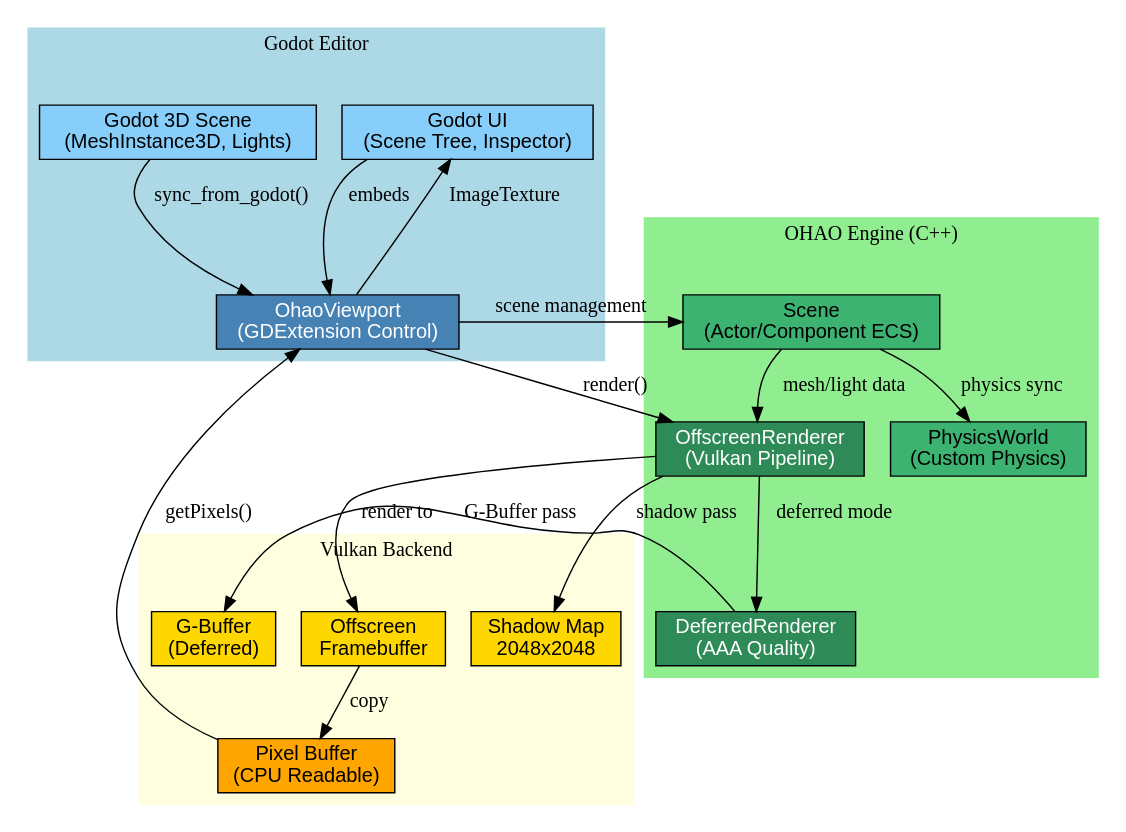
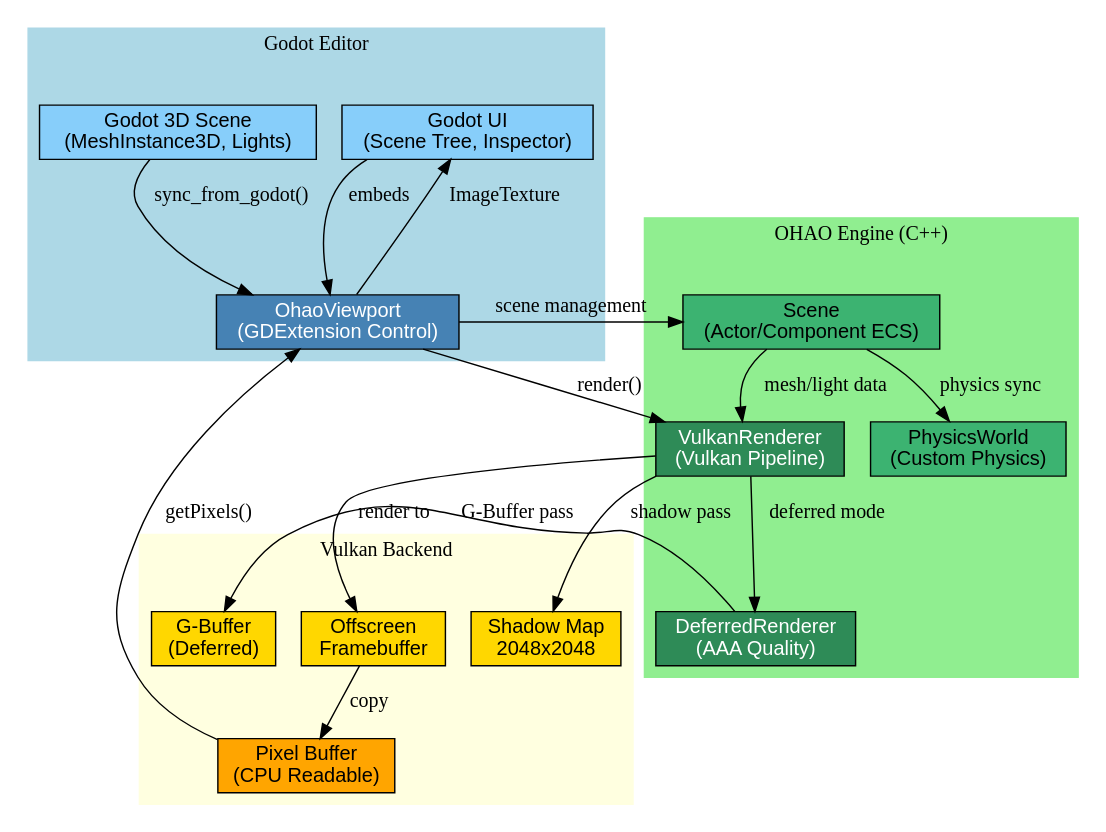
The first of 4 diagrams in docs/architecture/README.md (Qervas/ohao_engine), drawn with Graphviz before and after one commit. The commit also changed 29 other files, not shown here.

First line of the commit message:
refactor: Rename OffscreenRenderer → VulkanRenderer, clean file names

````diff
--- a/docs/architecture/README.md
+++ b/docs/architecture/README.md
@@ -22,56 +22,56 @@
 ```dot
 digraph OHAO_Architecture {
     rankdir=TB;
     node [shape=box, style=filled, fontname="Helvetica"];
 
     subgraph cluster_godot {
         label="Godot Editor";
         style=filled;
         color=lightblue;
 
         GodotUI [label="Godot UI\n(Scene Tree, Inspector)", fillcolor=lightskyblue];
         OhaoViewport [label="OhaoViewport\n(GDExtension Control)", fillcolor=steelblue, fontcolor=white];
         GodotScene [label="Godot 3D Scene\n(MeshInstance3D, Lights)", fillcolor=lightskyblue];
     }
 
     subgraph cluster_ohao {
         label="OHAO Engine (C++)";
         style=filled;
         color=lightgreen;
 
-        OffscreenRenderer [label="OffscreenRenderer\n(Vulkan Pipeline)", fillcolor=seagreen, fontcolor=white];
+        VulkanRenderer [label="VulkanRenderer\n(Vulkan Pipeline)", fillcolor=seagreen, fontcolor=white];
         Scene [label="Scene\n(Actor/Component ECS)", fillcolor=mediumseagreen];
         PhysicsWorld [label="PhysicsWorld\n(Custom Physics)", fillcolor=mediumseagreen];
         DeferredRenderer [label="DeferredRenderer\n(AAA Quality)", fillcolor=seagreen, fontcolor=white];
     }
 
     subgraph cluster_vulkan {
         label="Vulkan Backend";
         style=filled;
         color=lightyellow;
 
         Framebuffer [label="Offscreen\nFramebuffer", fillcolor=gold];
         ShadowMap [label="Shadow Map\n2048x2048", fillcolor=gold];
         GBuffer [label="G-Buffer\n(Deferred)", fillcolor=gold];
         PixelBuffer [label="Pixel Buffer\n(CPU Readable)", fillcolor=orange];
     }
 
     // Connections
     GodotUI -> OhaoViewport [label="embeds"];
     GodotScene -> OhaoViewport [label="sync_from_godot()"];
-    OhaoViewport -> OffscreenRenderer [label="render()"];
+    OhaoViewport -> VulkanRenderer [label="render()"];
     OhaoViewport -> Scene [label="scene management"];
 
-    OffscreenRenderer -> Framebuffer [label="render to"];
-    OffscreenRenderer -> ShadowMap [label="shadow pass"];
-    OffscreenRenderer -> DeferredRenderer [label="deferred mode"];
+    VulkanRenderer -> Framebuffer [label="render to"];
+    VulkanRenderer -> ShadowMap [label="shadow pass"];
+    VulkanRenderer -> DeferredRenderer [label="deferred mode"];
     DeferredRenderer -> GBuffer [label="G-Buffer pass"];
 
-    Scene -> OffscreenRenderer [label="mesh/light data"];
+    Scene -> VulkanRenderer [label="mesh/light data"];
     Scene -> PhysicsWorld [label="physics sync"];
 
     Framebuffer -> PixelBuffer [label="copy"];
     PixelBuffer -> OhaoViewport [label="getPixels()"];
     OhaoViewport -> GodotUI [label="ImageTexture"];
 }
 ```
````
